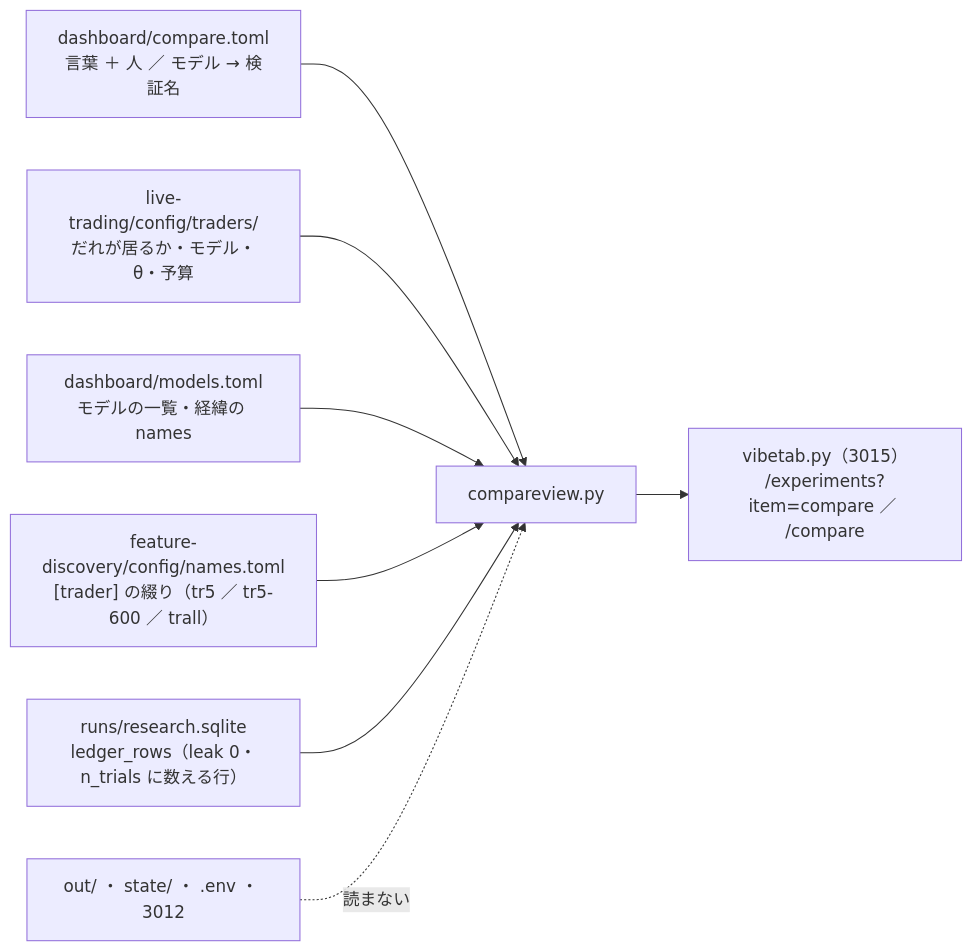
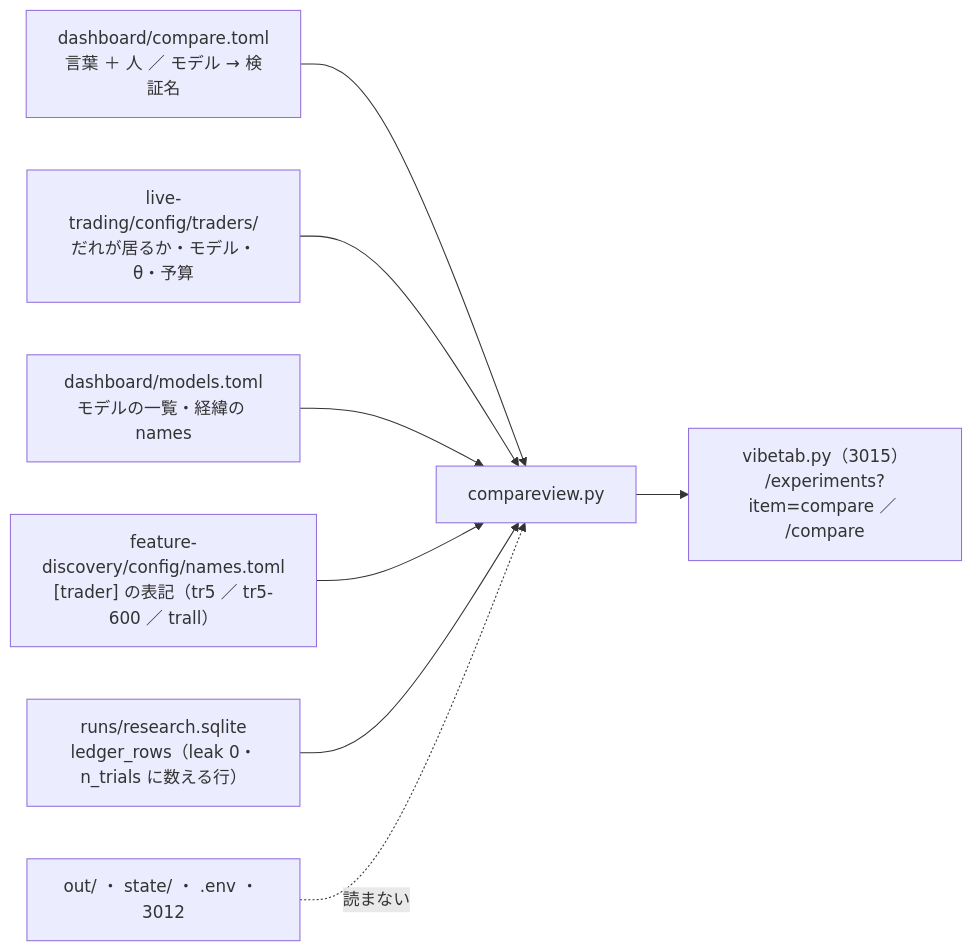
One commit to akiraak/ai-income-lab changed diagram 26 of 28 in docs/specs/dashboard.md. Above: the diagram before and after it, drawn with Mermaid. The commit also changed other lines of this file and 45 other files, not shown here.

````diff
--- a/docs/specs/dashboard.md
+++ b/docs/specs/dashboard.md
@@ -1412,10 +1412,10 @@
 ```mermaid
 flowchart LR
   C["dashboard/compare.toml<br/>言葉 ＋ 人 ／ モデル → 検証名"] --> V["compareview.py"]
   T["live-trading/config/traders/<br/>だれが居るか・モデル・θ・予算"] --> V
   M["dashboard/models.toml<br/>モデルの一覧・経緯の names"] --> V
-  N["feature-discovery/config/names.toml<br/>[trader] の綴り（tr5 ／ tr5-600 ／ trall）"] --> V
+  N["feature-discovery/config/names.toml<br/>[trader] の表記（tr5 ／ tr5-600 ／ trall）"] --> V
   D["runs/research.sqlite<br/>ledger_rows（leak 0・n_trials に数える行）"] --> V
   V --> P["vibetab.py（3015）<br/>/experiments?item=compare ／ /compare"]
   X["out/ ・ state/ ・ .env ・ 3012"] -. "読まない" .-> V
 ```
````
